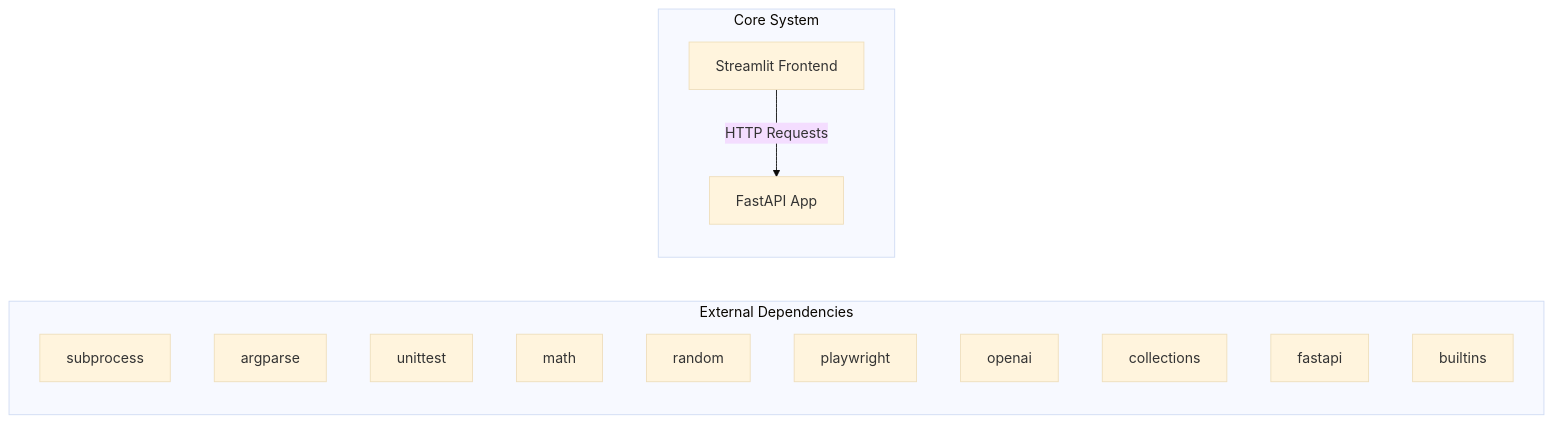
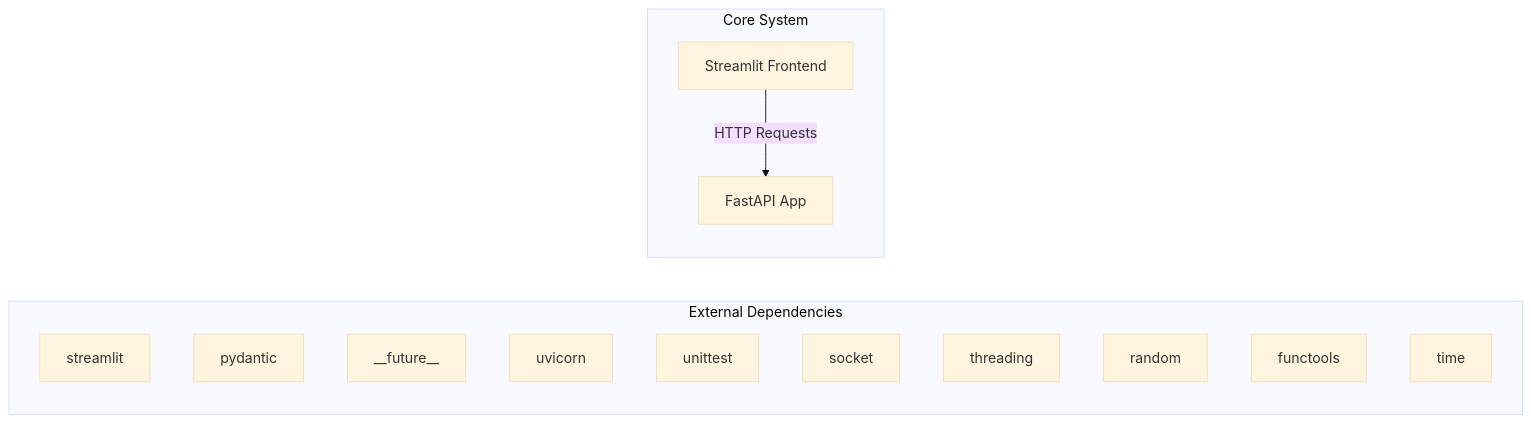
The first of 2 diagrams in docs/architecture.md (NITISH-R-G/rag-context-optimizer), drawn with Mermaid (base theme) before and after one commit. The commit also changed 1 other file, not shown here.

Commit message:
docs: auto-update repository knowledge, architecture diagrams, and documentation

````diff
--- a/docs/architecture.md
+++ b/docs/architecture.md
@@ -7,20 +7,20 @@
 ```mermaid
 graph LR
     subgraph External Dependencies
-        E0["subprocess"]
-        E1["argparse"]
-        E2["unittest"]
-        E3["math"]
-        E4["random"]
-        E5["playwright"]
-        E6["openai"]
-        E7["collections"]
-        E8["fastapi"]
-        E9["builtins"]
+        E0["streamlit"]
+        E1["pydantic"]
+        E2["__future__"]
+        E3["uvicorn"]
+        E4["unittest"]
+        E5["socket"]
+        E6["threading"]
+        E7["random"]
+        E8["functools"]
+        E9["time"]
     end
     subgraph Core System
         API["FastAPI App"]
         UI["Streamlit Frontend"]
     end
     UI -->|HTTP Requests| API
 ```
````
